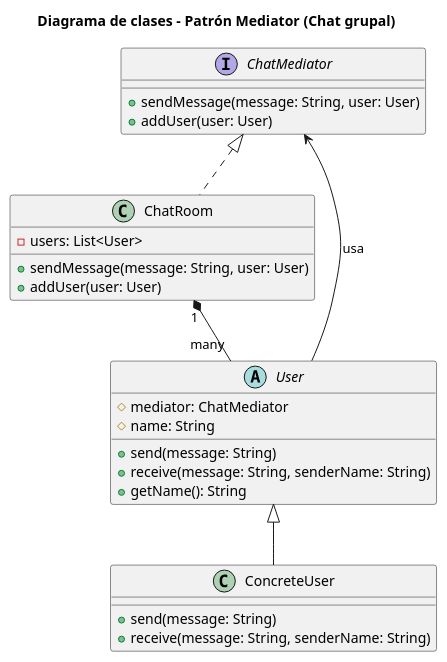
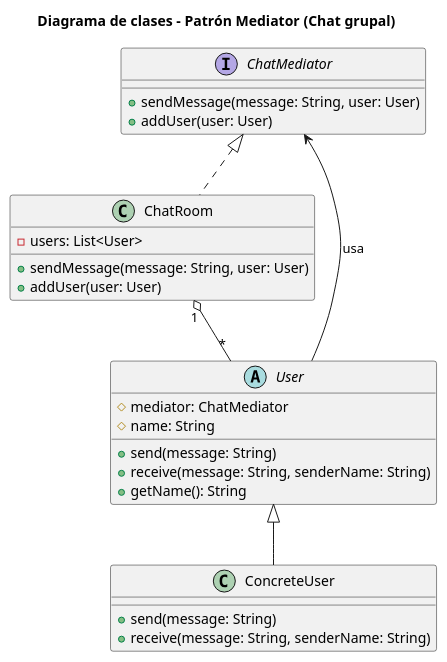
Before and after one commit to TioDunk/ejercicio-arquitectura-1: the diagram in ejercicio_3/Diagrama de clases 3.puml, drawn with PlantUML.

Commit message:
Update Diagrama de clases 3.puml

```diff
--- a/ejercicio_3/Diagrama de clases 3.puml
+++ b/ejercicio_3/Diagrama de clases 3.puml
@@ -1,33 +1,33 @@
 @startuml
 title Diagrama de clases - Patrón Mediator (Chat grupal)
 
 interface ChatMediator {
     +sendMessage(message: String, user: User)
     +addUser(user: User)
 }
 
 class ChatRoom {
     -users: List<User>
     +sendMessage(message: String, user: User)
     +addUser(user: User)
 }
 
 abstract class User {
     #mediator: ChatMediator
     #name: String
     +send(message: String)
     +receive(message: String, senderName: String)
     +getName(): String
 }
 
 class ConcreteUser {
     +send(message: String)
     +receive(message: String, senderName: String)
 }
 
 ' Relaciones principales
 ChatMediator <|.. ChatRoom
 User <|-- ConcreteUser
-ChatRoom "1" *-- "many" User
+ChatRoom "1" o-- "*" User
 User --> ChatMediator : usa
 @enduml
```
